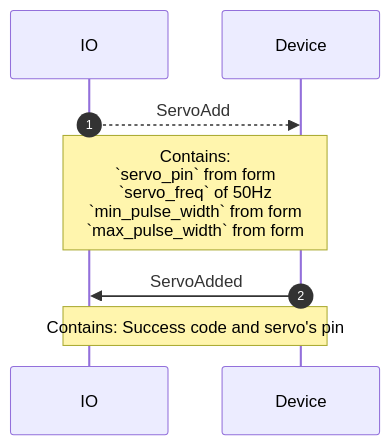
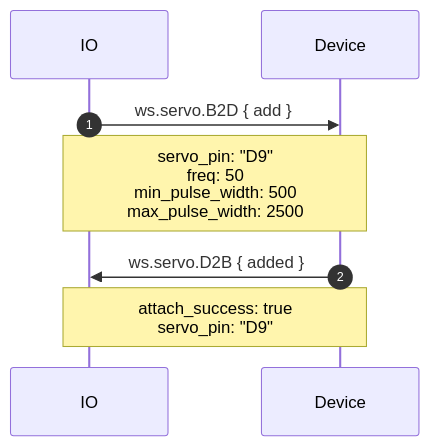
The first of 5 diagrams in proto/wippersnapper/docs/servo.md (adafruit/Wippersnapper_Protobuf), drawn with Mermaid before and after one commit. The commit also changed other lines of this file and 10 other files, not shown here.

````diff
--- a/proto/wippersnapper/docs/servo.md
+++ b/proto/wippersnapper/docs/servo.md
@@ -15,9 +46,9 @@
 ```mermaid
 sequenceDiagram
 autonumber
-IO-->>Device: ServoAdd
-Note over IO, Device: Contains:<br> `servo_pin` from form<br>`servo_freq` of 50Hz<br> `min_pulse_width` from form <br> `max_pulse_width` from form
+IO->>Device: ws.servo.B2D { add }
+Note over IO, Device: servo_pin: "D9"<br/>freq: 50<br/>min_pulse_width: 500<br/>max_pulse_width: 2500
 
-Device->>IO: ServoAdded
-Note over IO, Device: Contains: Success code and servo's pin
+Device->>IO: ws.servo.D2B { added }
+Note over IO, Device: attach_success: true<br/>servo_pin: "D9"
 ```
````
